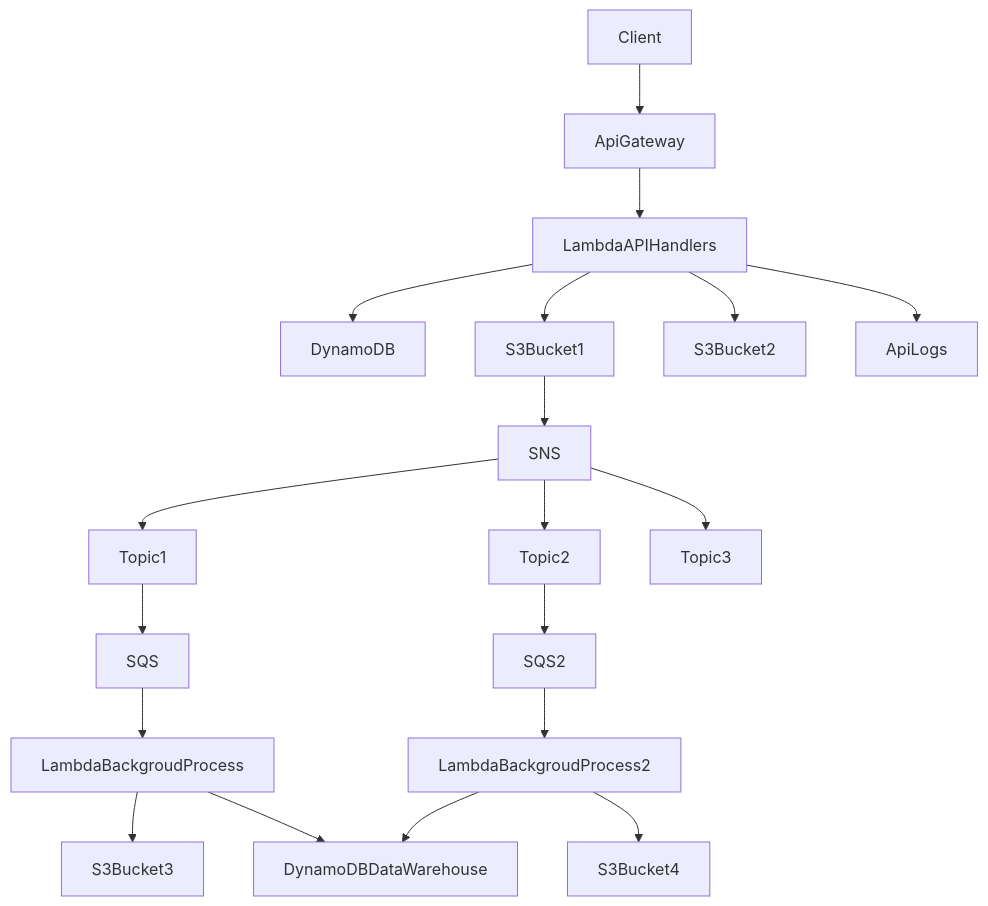
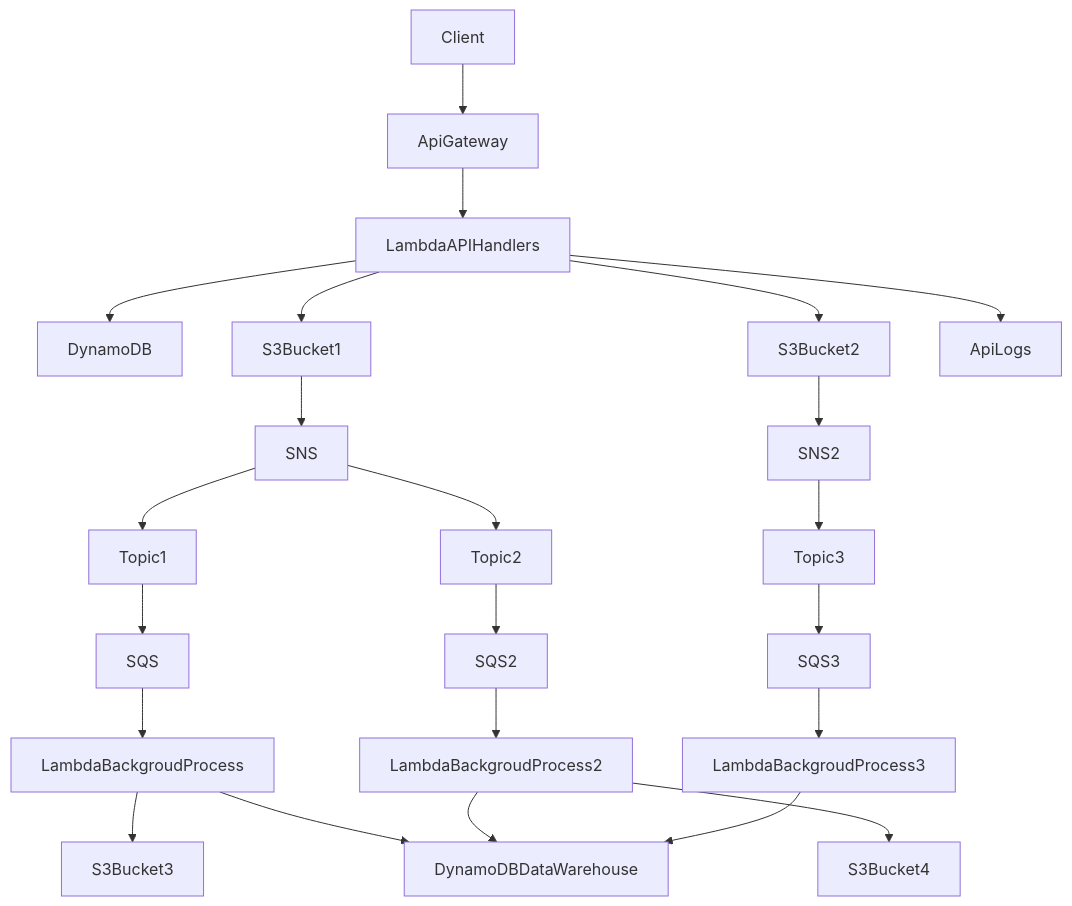
One commit to xreyc/serverless-framework changed the diagram in README.md. Above: the diagram before and after it, drawn with Mermaid.

````diff
--- a/README.md
+++ b/README.md
@@ -10,21 +10,25 @@
 ```mermaid
 graph TD;
     Client-->ApiGateway;
     ApiGateway-->LambdaAPIHandlers;
     LambdaAPIHandlers-->DynamoDB;
     LambdaAPIHandlers-->S3Bucket1;
     LambdaAPIHandlers-->S3Bucket2;
     LambdaAPIHandlers-->ApiLogs;
     S3Bucket1-->SNS;
     SNS-->Topic1;
     SNS-->Topic2;
-    SNS-->Topic3;
     Topic1-->SQS;
     SQS-->LambdaBackgroudProcess;
     LambdaBackgroudProcess-->S3Bucket3;
     LambdaBackgroudProcess-->DynamoDBDataWarehouse;
     Topic2-->SQS2;
     SQS2-->LambdaBackgroudProcess2;
     LambdaBackgroudProcess2-->S3Bucket4;
     LambdaBackgroudProcess2-->DynamoDBDataWarehouse;
+    S3Bucket2-->SNS2;
+    SNS2-->Topic3;
+    Topic3-->SQS3;
+    SQS3-->LambdaBackgroudProcess3;
+    LambdaBackgroudProcess3-->DynamoDBDataWarehouse;
 ```
````
